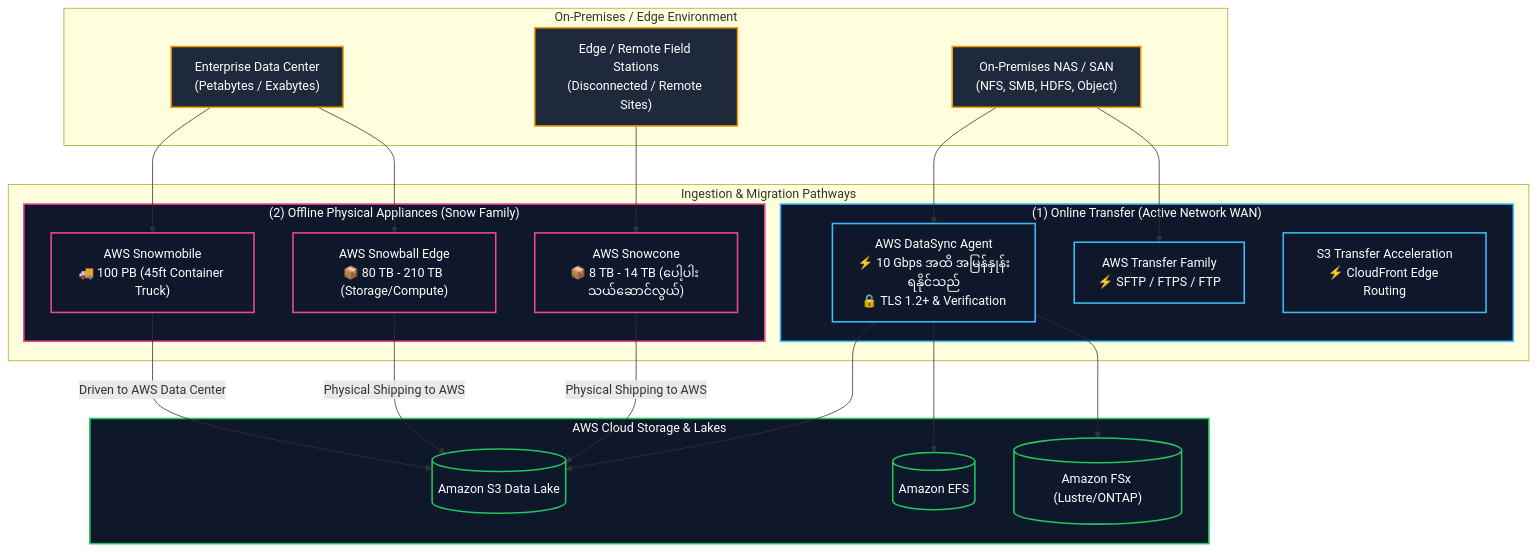
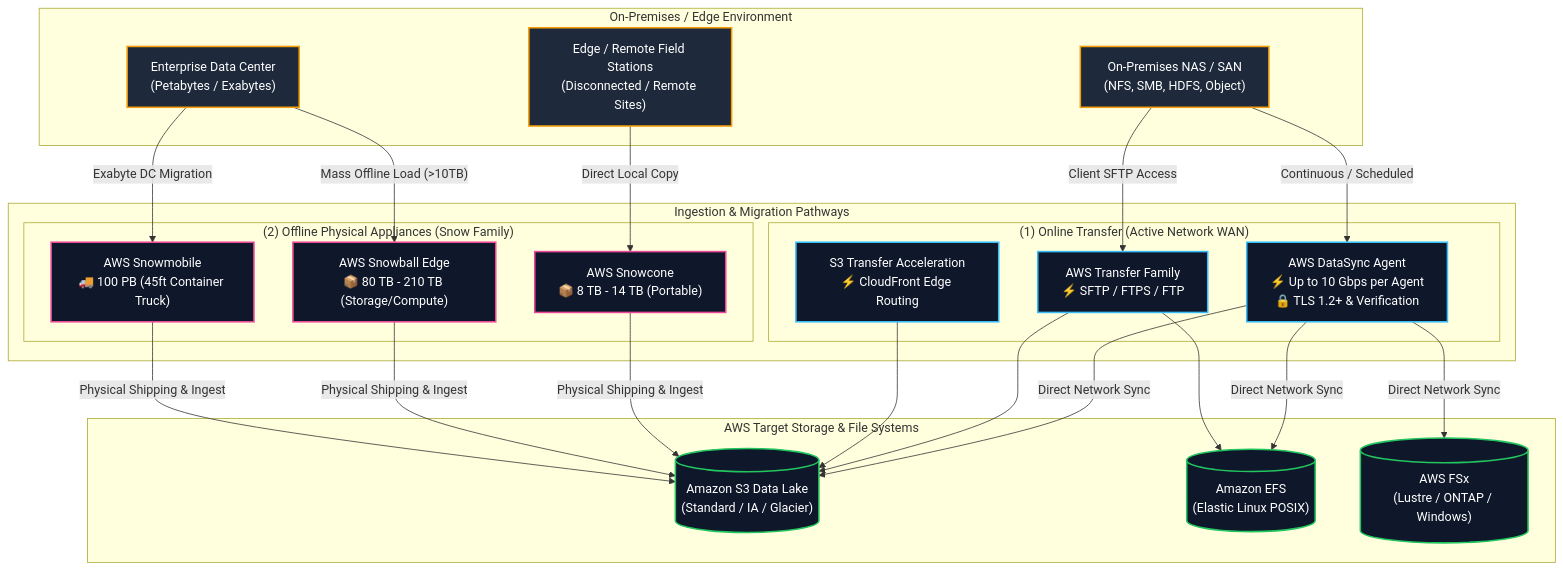
One commit to Wathon/aws-dea-c01-note changed the first of 5 diagrams in content/mm/02-services/migration/datasync-and-snow.md. Above: the diagram before and after it, drawn with Mermaid. The commit also changed other lines of this file and 41 other files, not shown here.

````diff
--- a/content/mm/02-services/migration/datasync-and-snow.md
+++ b/content/mm/02-services/migration/datasync-and-snow.md
@@ -32,52 +41,55 @@
 ```mermaid
 graph TB
     subgraph OnPremises["On-Premises / Edge Environment"]
         NFS_SMB["On-Premises NAS / SAN<br/>(NFS, SMB, HDFS, Object)"]
         EdgeSensor["Edge / Remote Field Stations<br/>(Disconnected / Remote Sites)"]
         HugeDCDataset["Enterprise Data Center<br/>(Petabytes / Exabytes)"]
     end
 
     subgraph TransferMethods["Ingestion & Migration Pathways"]
         subgraph OnlinePath["(1) Online Transfer (Active Network WAN)"]
-            DataSyncAgent["AWS DataSync Agent<br/>⚡ 10 Gbps အထိ အမြန်နှုန်းရနိုင်သည်<br/>🔒 TLS 1.2+ & Verification"]
+            DataSyncAgent["AWS DataSync Agent<br/>⚡ Up to 10 Gbps per Agent<br/>🔒 TLS 1.2+ & Verification"]
             TransferFam["AWS Transfer Family<br/>⚡ SFTP / FTPS / FTP"]
             S3TA["S3 Transfer Acceleration<br/>⚡ CloudFront Edge Routing"]
         end
 
         subgraph OfflinePath["(2) Offline Physical Appliances (Snow Family)"]
-            Snowcone["AWS Snowcone<br/>📦 8 TB - 14 TB (ပေါ့ပါး သယ်ဆောင်လွယ်)"]
+            Snowcone["AWS Snowcone<br/>📦 8 TB - 14 TB (Portable)"]
             Snowball["AWS Snowball Edge<br/>📦 80 TB - 210 TB (Storage/Compute)"]
             Snowmobile["AWS Snowmobile<br/>🚚 100 PB (45ft Container Truck)"]
         end
     end
 
-    subgraph AWSDestinations["AWS Cloud Storage & Lakes"]
-        S3Bucket[("Amazon S3 Data Lake")]
-        EFSStorage[("Amazon EFS")]
-        FSxStorage[("Amazon FSx (Lustre/ONTAP)")]
+    subgraph AWSCloud["AWS Target Storage & File Systems"]
+        S3Bucket[("Amazon S3 Data Lake<br/>(Standard / IA / Glacier)")]
+        EFSFS[("Amazon EFS<br/>(Elastic Linux POSIX)")]
+        FSxCluster[("AWS FSx<br/>(Lustre / ONTAP / Windows)")]
     end
 
-    NFS_SMB --> DataSyncAgent
-    NFS_SMB --> TransferFam
-    EdgeSensor --> Snowcone
-    HugeDCDataset --> Snowball
-    HugeDCDataset --> Snowmobile
+    NFS_SMB -->|"Continuous / Scheduled"| DataSyncAgent
+    NFS_SMB -->|"Client SFTP Access"| TransferFam
+    EdgeSensor -->|"Direct Local Copy"| Snowcone
+    HugeDCDataset -->|"Mass Offline Load (>10TB)"| Snowball
+    HugeDCDataset -->|"Exabyte DC Migration"| Snowmobile
 
-    DataSyncAgent --> S3Bucket
-    DataSyncAgent --> EFSStorage
-    DataSyncAgent --> FSxStorage
+    DataSyncAgent -->|"Direct Network Sync"| S3Bucket
+    DataSyncAgent -->|"Direct Network Sync"| EFSFS
+    DataSyncAgent -->|"Direct Network Sync"| FSxCluster
+    TransferFam --> S3Bucket
+    TransferFam --> EFSFS
+    S3TA --> S3Bucket
 
-    Snowcone -->|"Physical Shipping to AWS"| S3Bucket
-    Snowball -->|"Physical Shipping to AWS"| S3Bucket
-    Snowmobile -->|"Driven to AWS Data Center"| S3Bucket
+    Snowcone -->|"Physical Shipping & Ingest"| S3Bucket
+    Snowball -->|"Physical Shipping & Ingest"| S3Bucket
+    Snowmobile -->|"Physical Shipping & Ingest"| S3Bucket
 
-    classDef src fill:#1e293b,stroke:#f59e0b,stroke-width:2px,color:#fff;
+    classDef onprem fill:#1e293b,stroke:#f59e0b,stroke-width:2px,color:#fff;
     classDef online fill:#0f172a,stroke:#38bdf8,stroke-width:2px,color:#fff;
     classDef offline fill:#0f172a,stroke:#ec4899,stroke-width:2px,color:#fff;
-    classDef dest fill:#0f172a,stroke:#22c55e,stroke-width:2px,color:#fff;
+    classDef aws fill:#0f172a,stroke:#22c55e,stroke-width:2px,color:#fff;
 
-    class NFS_SMB,EdgeSensor,HugeDCDataset src;
-    class OnlinePath,DataSyncAgent,TransferFam,S3TA online;
-    class OfflinePath,Snowcone,Snowball,Snowmobile offline;
-    class AWSDestinations,S3Bucket,EFSStorage,FSxStorage dest;
+    class NFS_SMB,EdgeSensor,HugeDCDataset onprem;
+    class DataSyncAgent,TransferFam,S3TA online;
+    class Snowcone,Snowball,Snowmobile offline;
+    class S3Bucket,EFSFS,FSxCluster aws;
 ```
````
